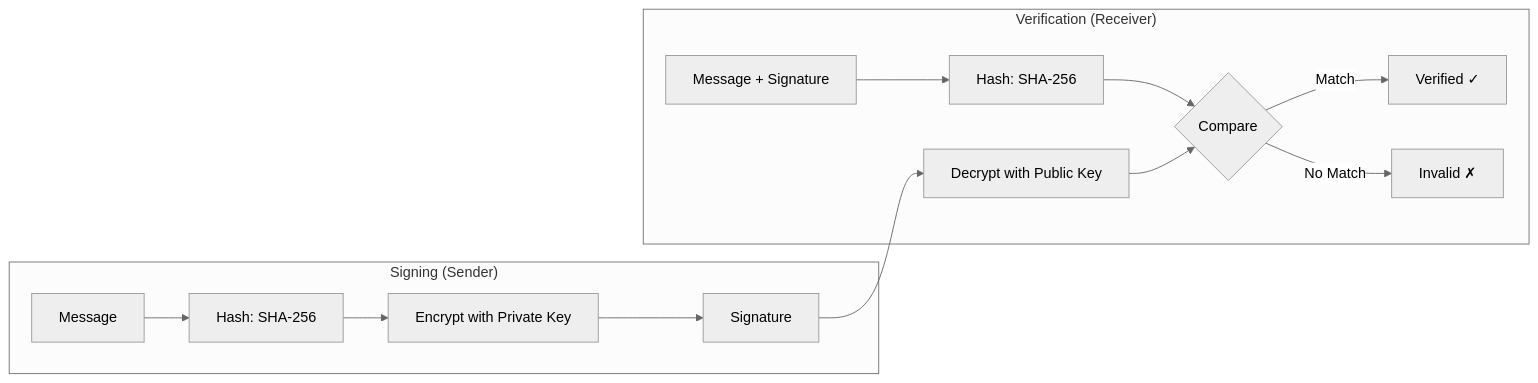
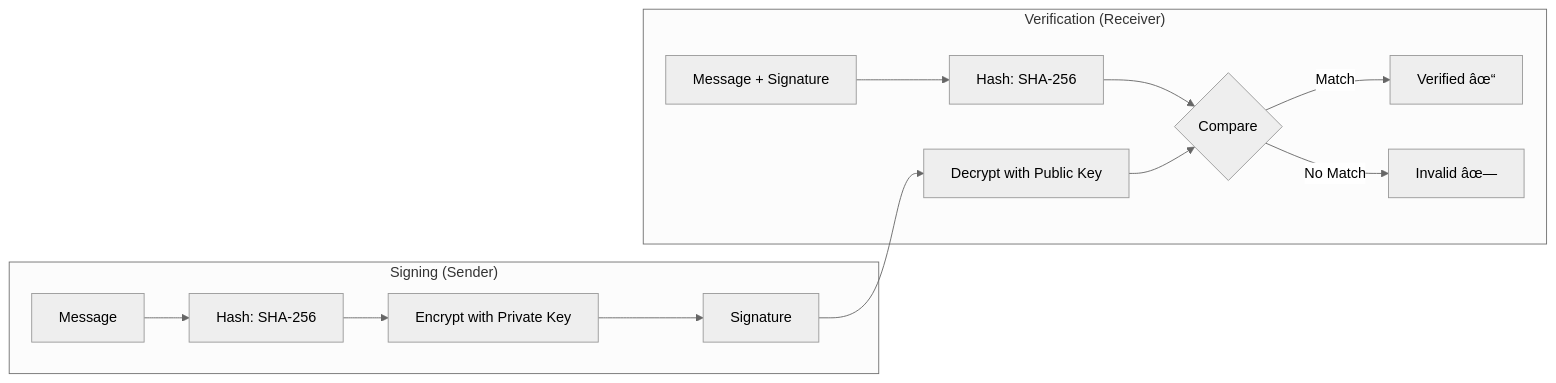
Before and after one commit to Raushan666java/ai-engineering-journey: the third of 3 diagrams in docs/courses/professional-knowledge/09-information-security.md, drawn with Mermaid (neutral theme). The commit also changed other lines of this file and 735 other files, not shown here.

````diff
--- a/docs/courses/professional-knowledge/09-information-security.md
+++ b/docs/courses/professional-knowledge/09-information-security.md
@@ -594,16 +594,16 @@
 ```mermaid
 graph LR
     subgraph "Signing (Sender)"
         M1[Message] --> H1[Hash: SHA-256]
         H1 --> E1[Encrypt with Private Key]
         E1 --> SIG[Signature]
     end
     subgraph "Verification (Receiver)"
         M2[Message + Signature] --> H2[Hash: SHA-256]
         SIG --> D1[Decrypt with Public Key]
         H2 --> CMP{Compare}
         D1 --> CMP
-        CMP -->|Match| OK[Verified ✓]
-        CMP -->|No Match| FAIL[Invalid ✗]
+        CMP -->|Match| OK[Verified âœ“]
+        CMP -->|No Match| FAIL[Invalid âœ—]
     end
 ```
````
